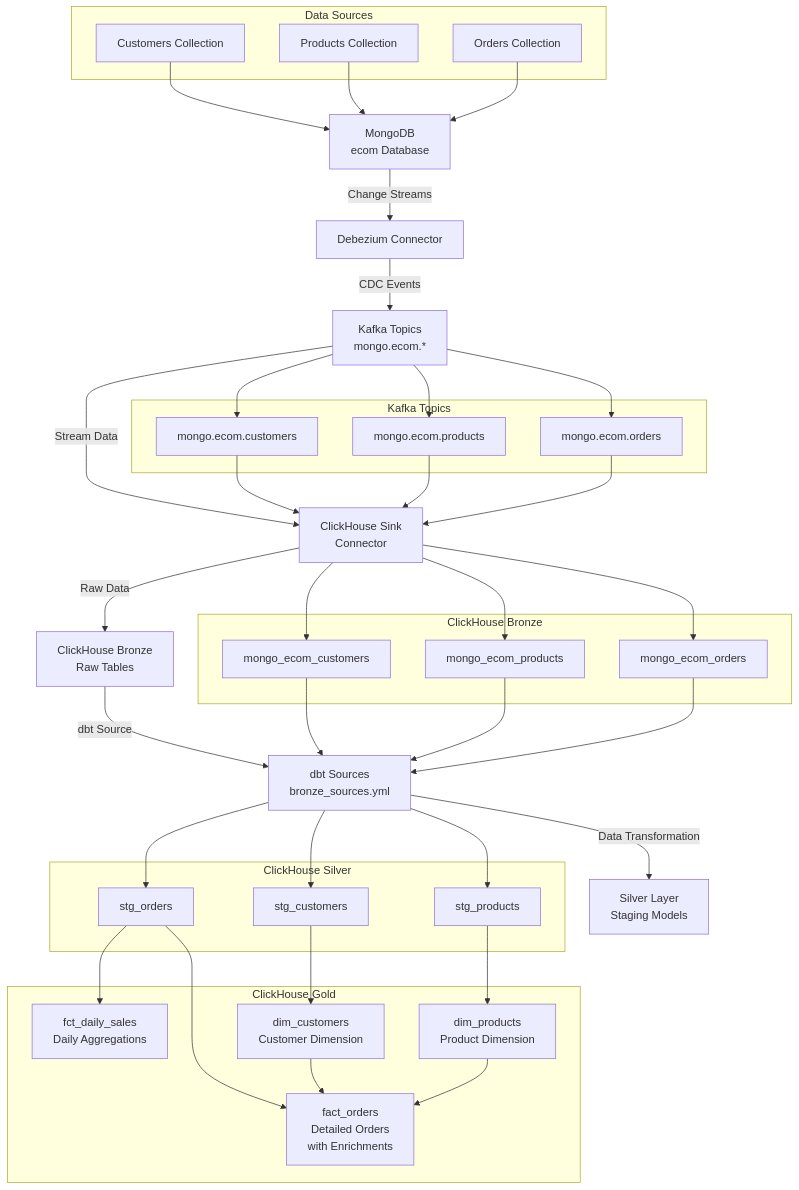
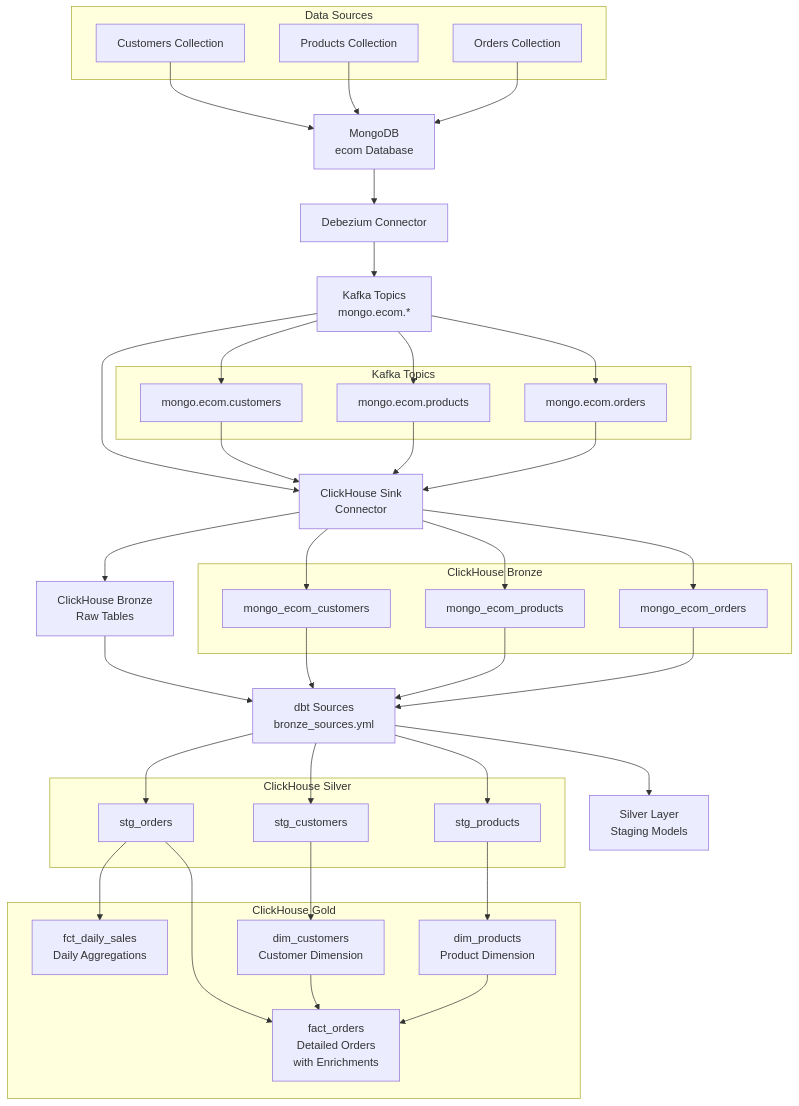
The diagram in README.md (alponkk/Change-Data-Capture-E-Commerce), drawn with Mermaid before and after one commit.

Commit message:
Refactor data flow diagram in README for clarity
- Simplified the representation of the data flow from MongoDB to ClickHouse in the pipeline diagram.
- Removed unnecessary labels in the diagram to enhance readability while maintaining the overall structure.

````diff
--- a/README.md
+++ b/README.md
@@ -196,72 +196,72 @@
 ```mermaid
 graph TD
-    A[MongoDB<br/>ecom Database] -->|Change Streams| B[Debezium Connector]
-    B -->|CDC Events| C[Kafka Topics<br/>mongo.ecom.*]
-    C -->|Stream Data| D[ClickHouse Sink<br/>Connector]
-    D -->|Raw Data| E[ClickHouse Bronze<br/>Raw Tables]
+    A[MongoDB<br/>ecom Database] --> B[Debezium Connector]
+    B --> C[Kafka Topics<br/>mongo.ecom.*]
+    C --> D[ClickHouse Sink<br/>Connector]
+    D --> E[ClickHouse Bronze<br/>Raw Tables]
     
-    E -->|dbt Source| F[dbt Sources<br/>bronze_sources.yml]
-    F -->|Data Transformation| G[Silver Layer<br/>Staging Models]
+    E --> F[dbt Sources<br/>bronze_sources.yml]
+    F --> G[Silver Layer<br/>Staging Models]
     
     subgraph "Data Sources"
         A1[Customers Collection]
         A2[Products Collection] 
         A3[Orders Collection]
     end
     
     subgraph "Kafka Topics"
         C1[mongo.ecom.customers]
         C2[mongo.ecom.products]
         C3[mongo.ecom.orders]
     end
     
     subgraph "ClickHouse Bronze"
         E1[mongo_ecom_customers]
         E2[mongo_ecom_products]
         E3[mongo_ecom_orders]
     end
     
     subgraph "ClickHouse Silver"
         G1[stg_customers]
         G2[stg_products]
         G3[stg_orders]
     end
     
     subgraph "ClickHouse Gold"
         H1[fct_daily_sales<br/>Daily Aggregations]
         H2[dim_customers<br/>Customer Dimension]
         H3[dim_products<br/>Product Dimension]
         H4[fact_orders<br/>Detailed Orders<br/>with Enrichments]
     end
     
     A1 --> A
     A2 --> A
     A3 --> A
     
     C --> C1
     C --> C2
     C --> C3
     
     C1 --> D
     C2 --> D
     C3 --> D
     
     D --> E1
     D --> E2
     D --> E3
     
     E1 --> F
     E2 --> F
     E3 --> F
     
     F --> G1
     F --> G2
     F --> G3
     
     G1 --> H2
     G2 --> H3
     G3 --> H1
     G3 --> H4
     H2 --> H4
     H3 --> H4
 ```
````
